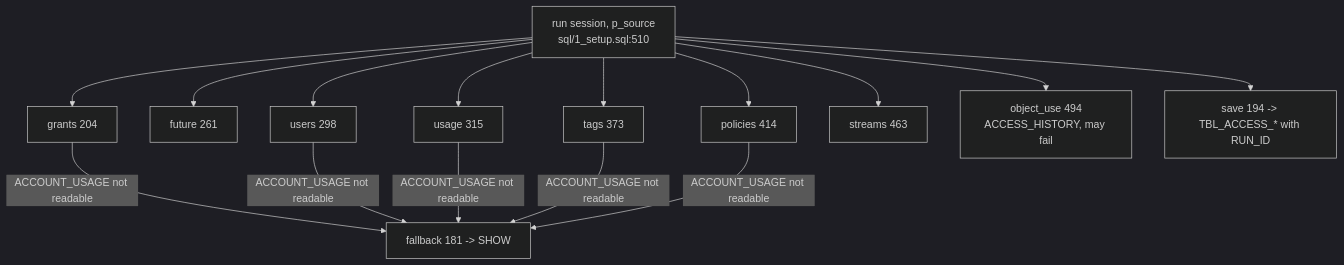
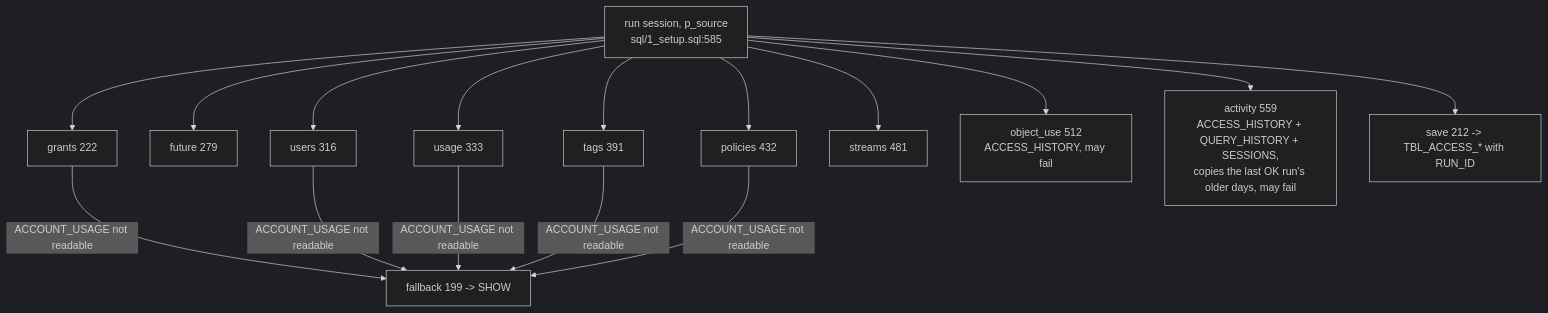
One commit to darshanmeel/snowflake-access-explorer changed the second of 2 diagrams in snowflake-access-explorer-knowledge-graph/modules/sql.md. Above: the diagram before and after it, drawn with Mermaid (dark theme). The commit also changed other lines of this file and 106 other files, not shown here.

First line of the commit message:
Docs and knowledge graph for Activity; setup verify expects 11 tables

````diff
--- a/snowflake-access-explorer-knowledge-graph/modules/sql.md
+++ b/snowflake-access-explorer-knowledge-graph/modules/sql.md
@@ -47,13 +48,14 @@
 ```mermaid
 flowchart TD
-  RUN[run session, p_source<br/>sql/1_setup.sql:510] --> G[grants 204]
-  RUN --> FU[future 261]
-  RUN --> U[users 298]
-  RUN --> US[usage 315]
-  RUN --> TG[tags 373]
-  RUN --> PO[policies 414]
-  RUN --> STR[streams 463]
-  RUN --> OU[object_use 494<br/>ACCESS_HISTORY, may fail]
-  G & U & US & TG & PO -->|ACCOUNT_USAGE not readable| FB[fallback 181 -> SHOW]
-  RUN --> SV[save 194 -> TBL_ACCESS_* with RUN_ID]
+  RUN[run session, p_source<br/>sql/1_setup.sql:585] --> G[grants 222]
+  RUN --> FU[future 279]
+  RUN --> U[users 316]
+  RUN --> US[usage 333]
+  RUN --> TG[tags 391]
+  RUN --> PO[policies 432]
+  RUN --> STR[streams 481]
+  RUN --> OU[object_use 512<br/>ACCESS_HISTORY, may fail]
+  RUN --> AC[activity 559<br/>ACCESS_HISTORY + QUERY_HISTORY + SESSIONS,<br/>copies the last OK run's older days, may fail]
+  G & U & US & TG & PO -->|ACCOUNT_USAGE not readable| FB[fallback 199 -> SHOW]
+  RUN --> SV[save 212 -> TBL_ACCESS_* with RUN_ID]
 ```
````
